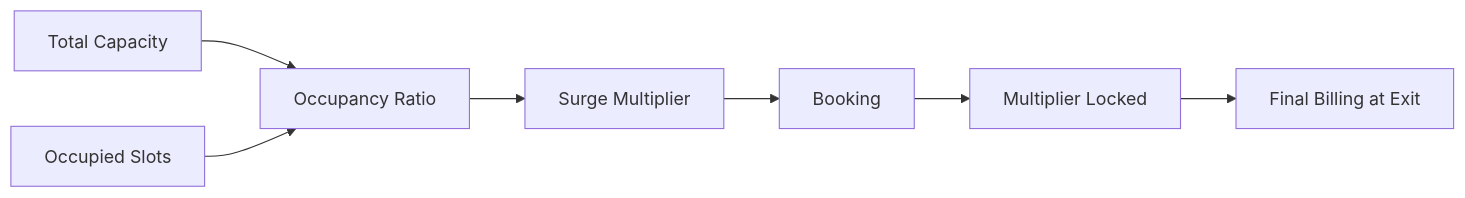
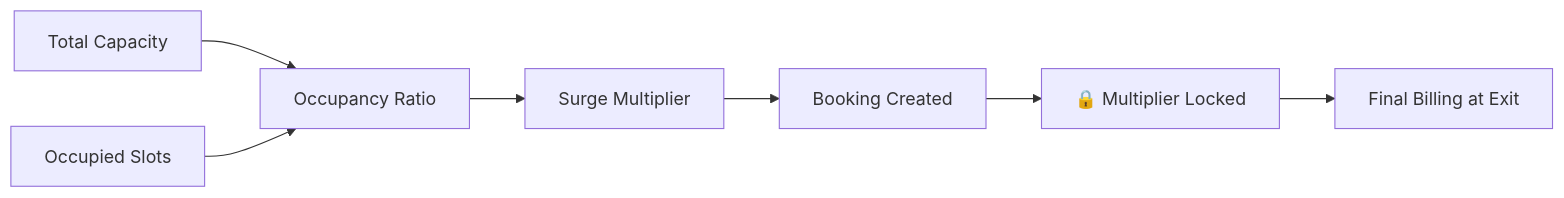
The ninth of 12 diagrams in README.md (Sahil2u47/smart_parking_system), drawn with Mermaid before and after one commit. The commit also changed other lines of this file, not shown here.

````diff
--- a/README.md
+++ b/README.md
@@ -306,9 +389,9 @@
 ```mermaid
 flowchart LR
-    A[Total Capacity] --> C[Occupancy Ratio]
-    B[Occupied Slots] --> C
-    C --> D[Surge Multiplier]
-    D --> E[Booking]
-    E --> F[Multiplier Locked]
-    F --> G[Final Billing at Exit]
+    A["Total Capacity"] --> C["Occupancy Ratio"]
+    B["Occupied Slots"] --> C
+    C --> D["Surge Multiplier"]
+    D --> E["Booking Created"]
+    E --> F["🔒 Multiplier Locked"]
+    F --> G["Final Billing at Exit"]
 ```
````
